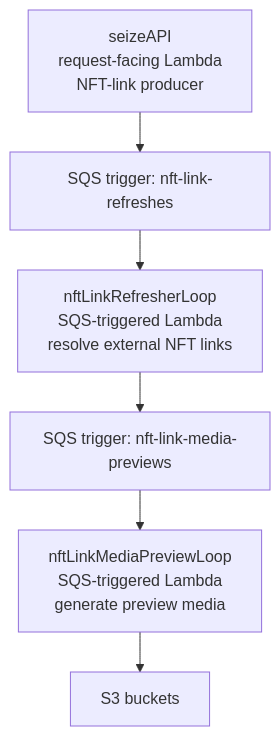
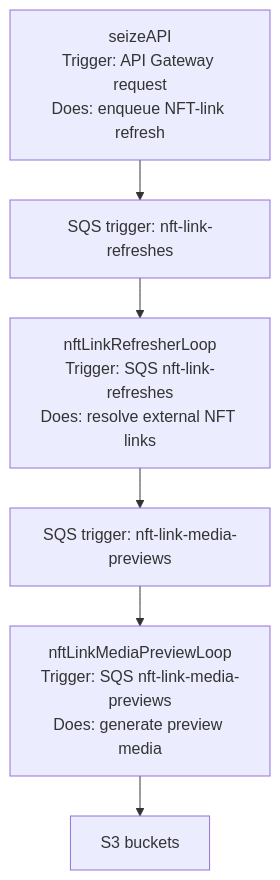
The eighth of 16 diagrams in docs/architecture.md (6529-Collections/6529seize-backend), drawn with Mermaid before and after one commit. The commit also changed other lines of this file, not shown here.

````diff
--- a/docs/architecture.md
+++ b/docs/architecture.md
@@ -154,9 +154,9 @@
 ```mermaid
 %%{init: {"flowchart": {"nodeSpacing": 24, "rankSpacing": 40, "curve": "basis"}} }%%
 flowchart TD
-  SeizeAPI["seizeAPI<br/>request-facing Lambda<br/>NFT-link producer"] --> NftLinkRefreshQueue["SQS trigger: nft-link-refreshes"]
-  NftLinkRefreshQueue --> NftLinkRefresherLoop["nftLinkRefresherLoop<br/>SQS-triggered Lambda<br/>resolve external NFT links"]
+  SeizeAPI["seizeAPI<br/>Trigger: API Gateway request<br/>Does: enqueue NFT-link refresh"] --> NftLinkRefreshQueue["SQS trigger: nft-link-refreshes"]
+  NftLinkRefreshQueue --> NftLinkRefresherLoop["nftLinkRefresherLoop<br/>Trigger: SQS nft-link-refreshes<br/>Does: resolve external NFT links"]
   NftLinkRefresherLoop --> NftLinkPreviewQueue["SQS trigger: nft-link-media-previews"]
-  NftLinkPreviewQueue --> NftLinkMediaPreviewLoop["nftLinkMediaPreviewLoop<br/>SQS-triggered Lambda<br/>generate preview media"]
+  NftLinkPreviewQueue --> NftLinkMediaPreviewLoop["nftLinkMediaPreviewLoop<br/>Trigger: SQS nft-link-media-previews<br/>Does: generate preview media"]
   NftLinkMediaPreviewLoop --> S3["S3 buckets"]
 ```
````
